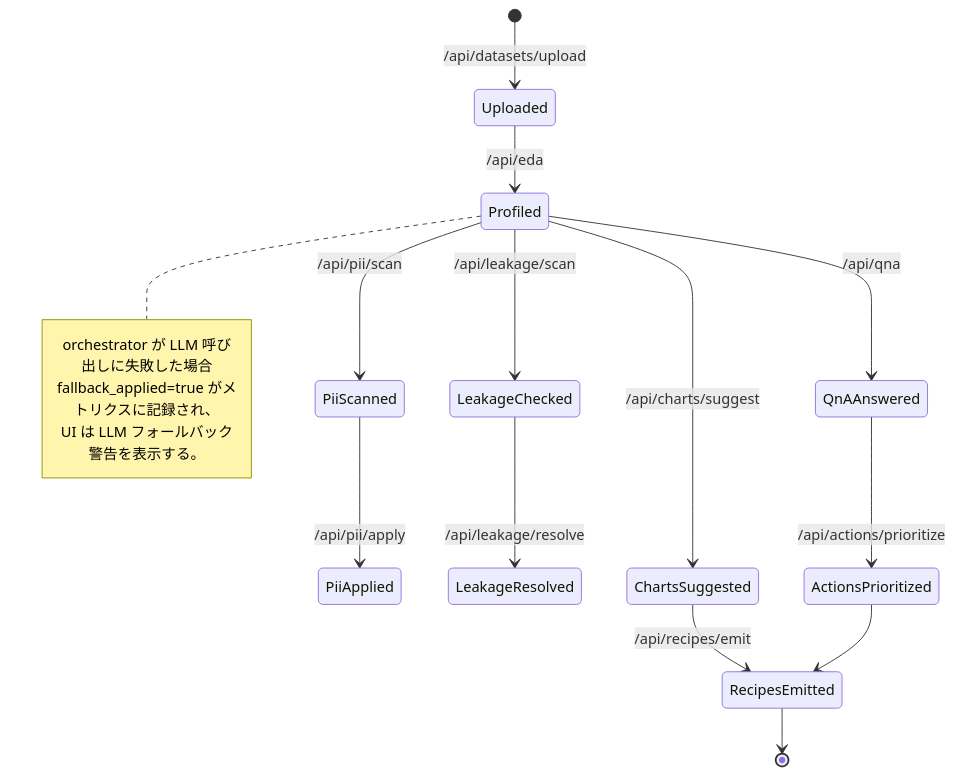
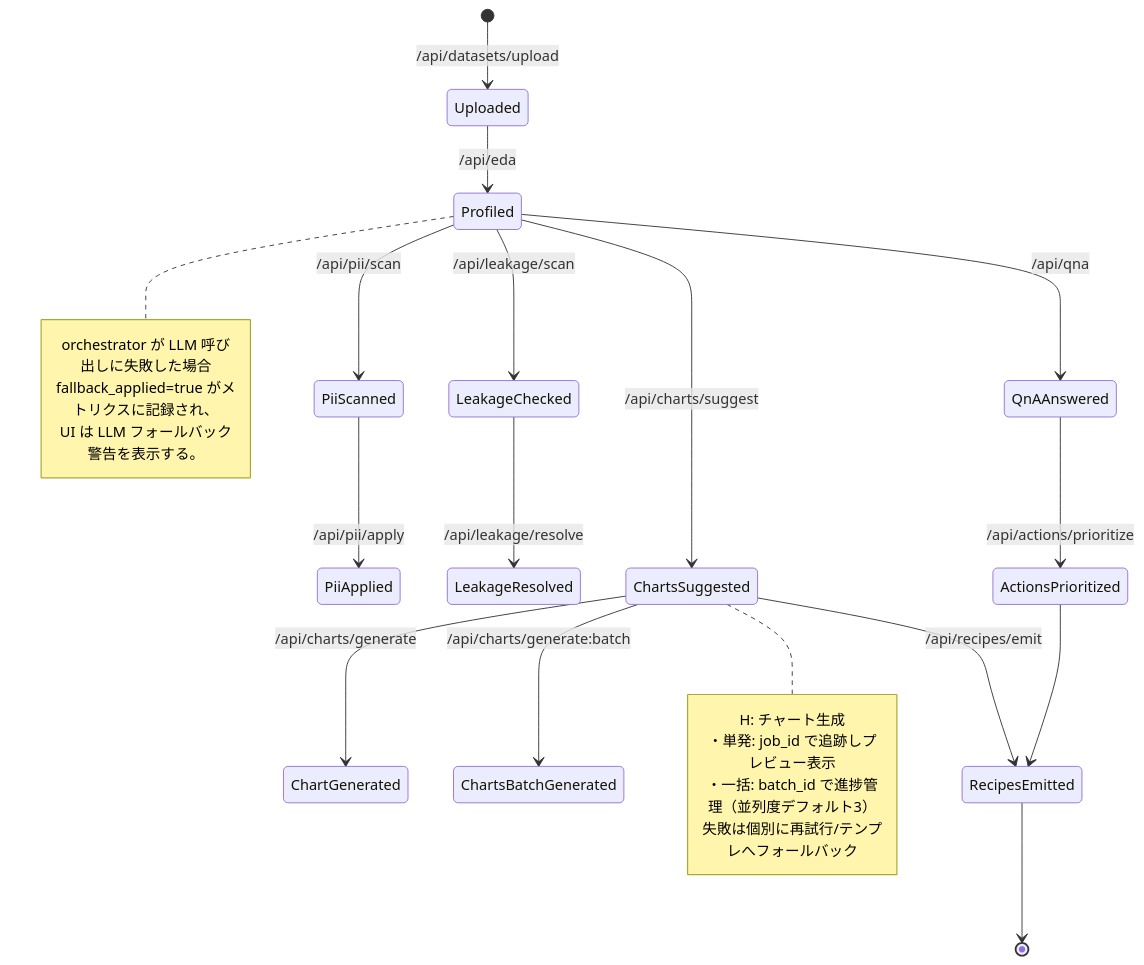
The seventh of 7 diagrams in docs/diagram.md (youkawa/AutoEDA), drawn with Mermaid before and after one commit. The commit also changed other lines of this file, not shown here.

Commit message:
docs(diagram): align with requirements_v2 and design — add Capability H diagrams (single/batch chart generation), API endpoints, sitemap, states, and error notes

````diff
--- a/docs/diagram.md
+++ b/docs/diagram.md
@@ -151,20 +206,28 @@
 ```mermaid
 stateDiagram
   [*] --> Uploaded : /api/datasets/upload
   Uploaded --> Profiled : /api/eda
   Profiled --> PiiScanned : /api/pii/scan
   PiiScanned --> PiiApplied : /api/pii/apply
   Profiled --> LeakageChecked : /api/leakage/scan
   LeakageChecked --> LeakageResolved : /api/leakage/resolve
   Profiled --> ChartsSuggested : /api/charts/suggest
+  ChartsSuggested --> ChartGenerated : /api/charts/generate
+  ChartsSuggested --> ChartsBatchGenerated : /api/charts/generate:batch
   Profiled --> QnAAnswered : /api/qna
   QnAAnswered --> ActionsPrioritized : /api/actions/prioritize
   ChartsSuggested --> RecipesEmitted : /api/recipes/emit
   ActionsPrioritized --> RecipesEmitted
   RecipesEmitted --> [*]
   note right of Profiled
     orchestrator が LLM 呼び出しに失敗した場合
     fallback_applied=true がメトリクスに記録され、
     UI は LLM フォールバック警告を表示する。
   end note
+  note right of ChartsSuggested
+    H: チャート生成
+    ・単発: job_id で追跡しプレビュー表示
+    ・一括: batch_id で進捗管理（並列度デフォルト3）
+    失敗は個別に再試行/テンプレへフォールバック
+  end note
 ```
````
